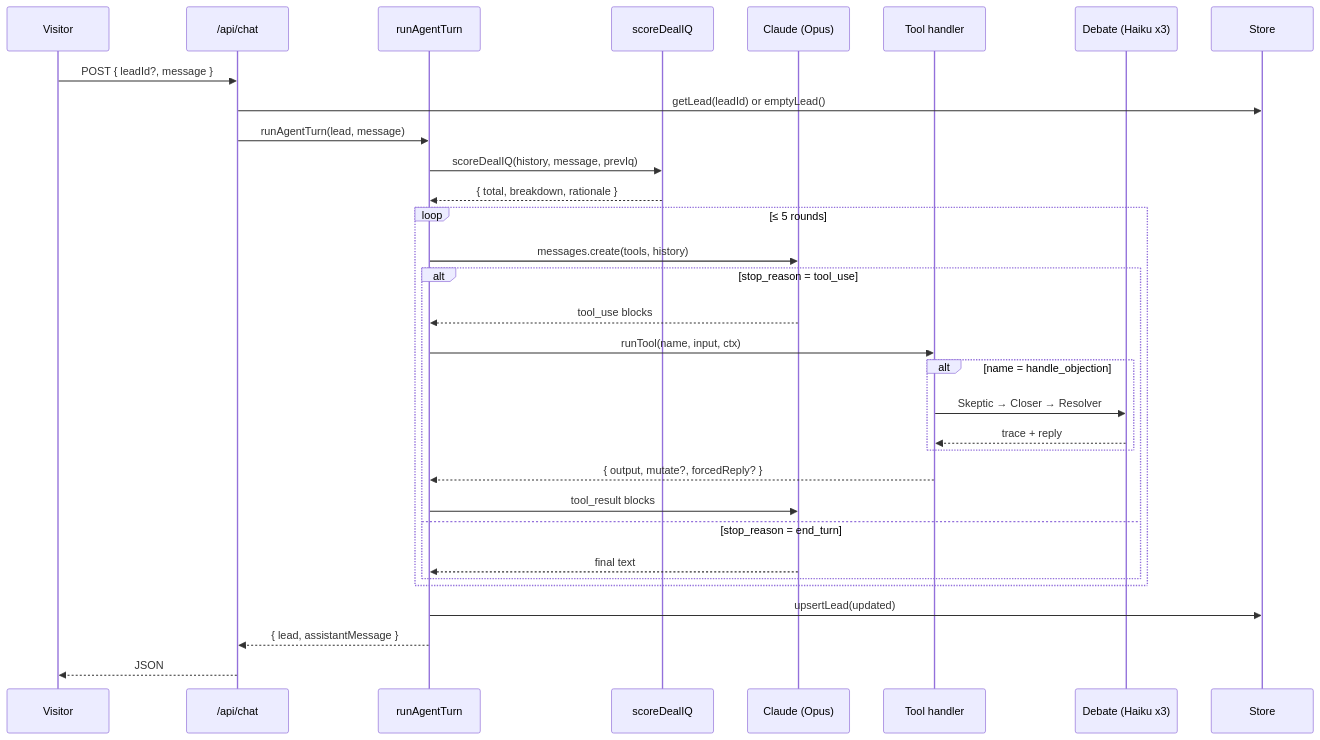
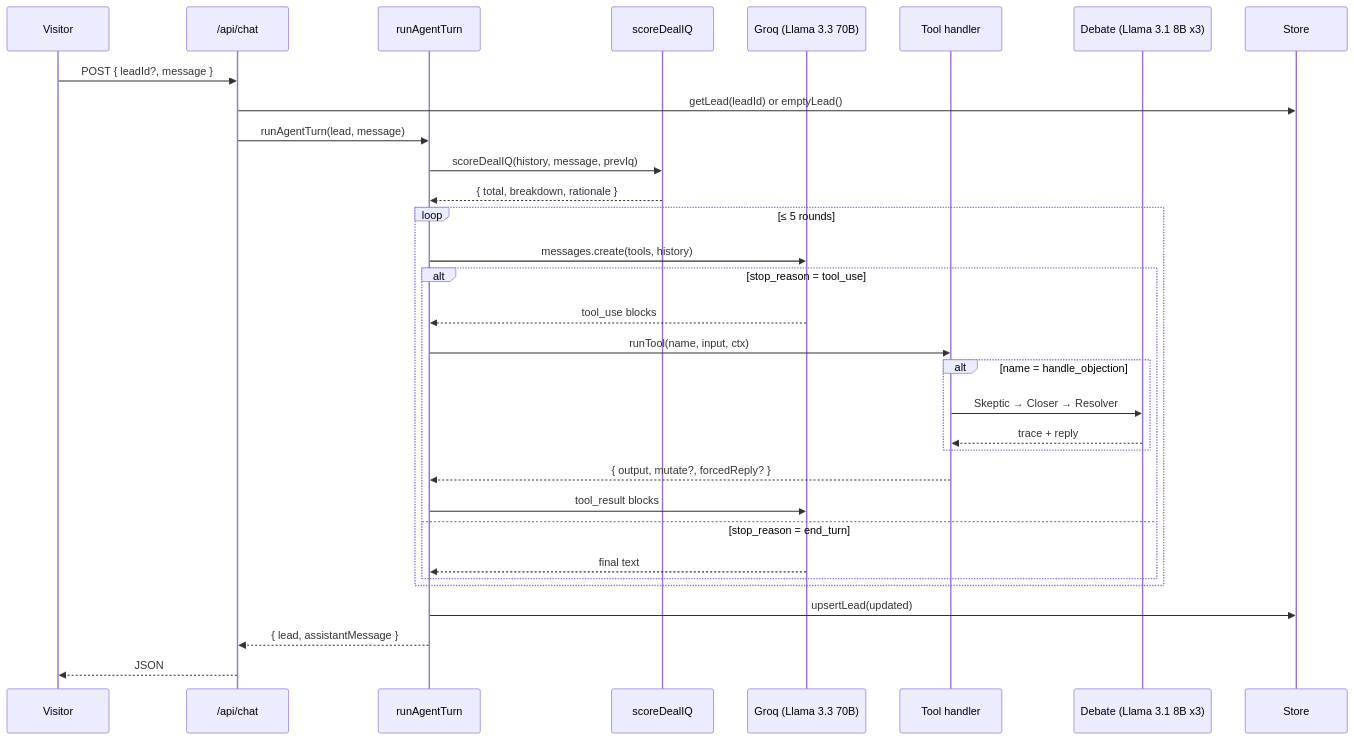
One commit to NoumanS-20/closrai changed the second of 2 diagrams in docs/ARCHITECTURE.md. Above: the diagram before and after it, drawn with Mermaid. The commit also changed other lines of this file and 8 other files, not shown here.

````diff
--- a/docs/ARCHITECTURE.md
+++ b/docs/ARCHITECTURE.md
@@ -44,35 +44,35 @@
 ```mermaid
 sequenceDiagram
   participant U as Visitor
   participant API as /api/chat
   participant Core as runAgentTurn
   participant Scorer as scoreDealIQ
-  participant LLM as Claude (Opus)
+  participant LLM as Groq (Llama 3.3 70B)
   participant Tool as Tool handler
-  participant DB as Debate (Haiku x3)
+  participant DB as Debate (Llama 3.1 8B x3)
   participant S as Store
 
   U->>API: POST { leadId?, message }
   API->>S: getLead(leadId) or emptyLead()
   API->>Core: runAgentTurn(lead, message)
   Core->>Scorer: scoreDealIQ(history, message, prevIq)
   Scorer-->>Core: { total, breakdown, rationale }
   loop ≤ 5 rounds
     Core->>LLM: messages.create(tools, history)
     alt stop_reason = tool_use
       LLM-->>Core: tool_use blocks
       Core->>Tool: runTool(name, input, ctx)
       alt name = handle_objection
         Tool->>DB: Skeptic → Closer → Resolver
         DB-->>Tool: trace + reply
       end
       Tool-->>Core: { output, mutate?, forcedReply? }
       Core->>LLM: tool_result blocks
     else stop_reason = end_turn
       LLM-->>Core: final text
     end
   end
   Core->>S: upsertLead(updated)
   Core-->>API: { lead, assistantMessage }
   API-->>U: JSON
 ```
````
